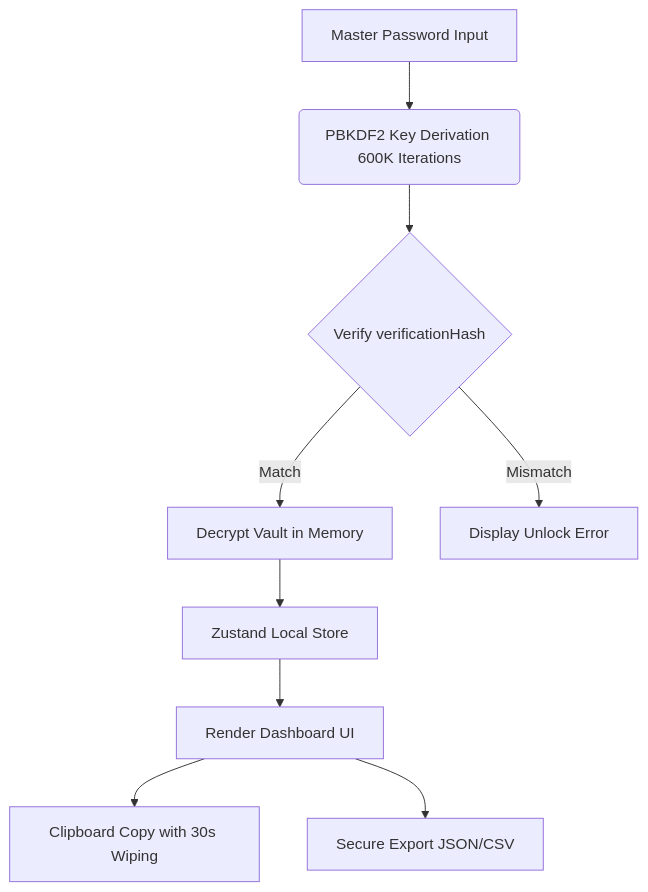
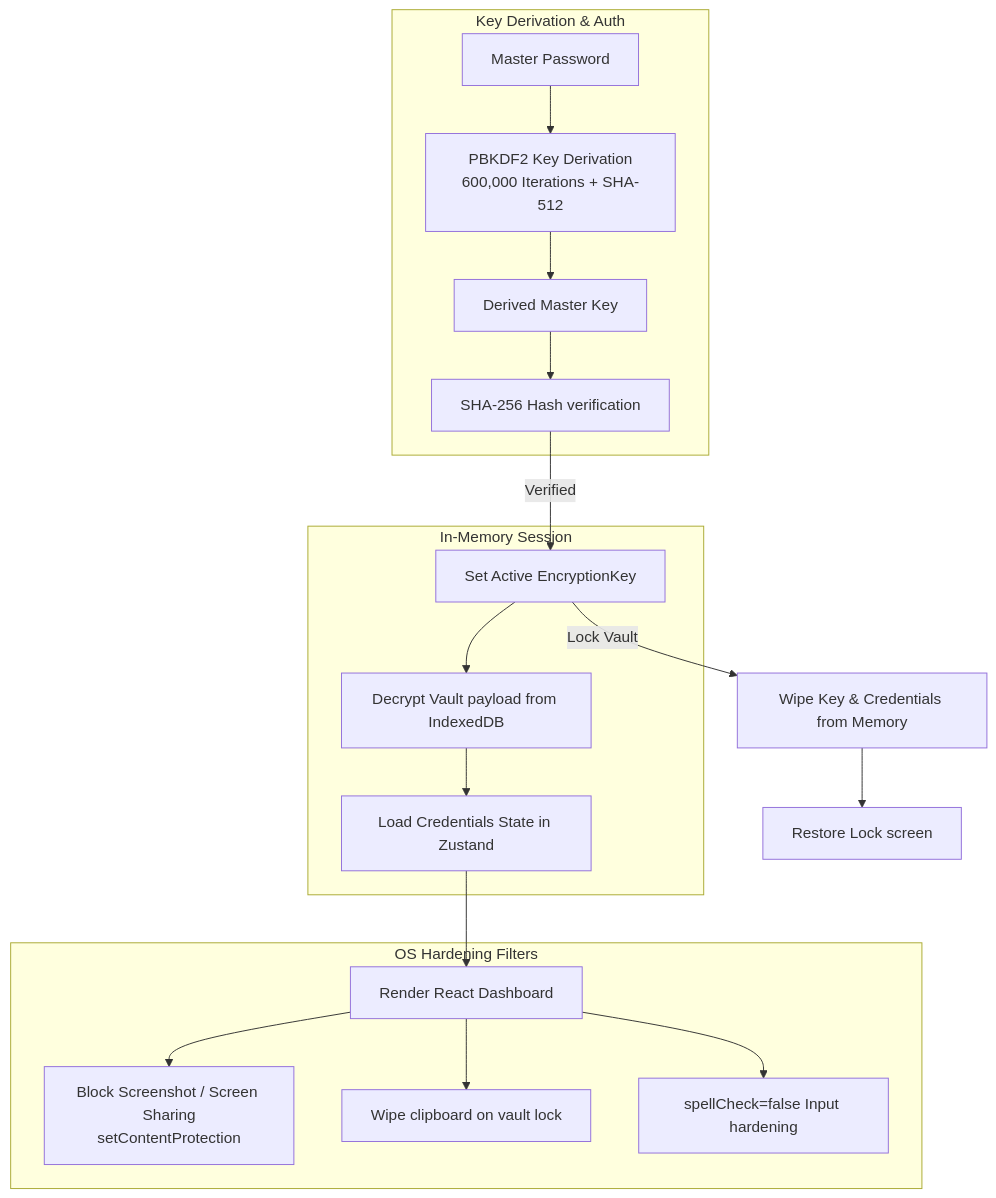
One commit to SudhirDevOps1/SafeVault changed the first of 2 diagrams in docs/features.md. Above: the diagram before and after it, drawn with Mermaid. The commit also changed other lines of this file, not shown here.

Commit message:
docs: expand features.md roadmap with detailed technical specifications and a long-term gantt chart

````diff
--- a/docs/features.md
+++ b/docs/features.md
@@ -11,11 +11,24 @@
 ```mermaid
 flowchart TD
-    A[Master Password Input] --> B(PBKDF2 Key Derivation 600K Iterations)
-    B --> C{Verify verificationHash}
-    C -- Match --> D[Decrypt Vault in Memory]
-    C -- Mismatch --> E[Display Unlock Error]
-    D --> F[Zustand Local Store]
-    F --> G[Render Dashboard UI]
-    G --> H[Clipboard Copy with 30s Wiping]
-    G --> I[Secure Export JSON/CSV]
+    subgraph KDF [Key Derivation & Auth]
+        A[Master Password] --> B[PBKDF2 Key Derivation<br/>600,000 Iterations + SHA-512]
+        B --> C[Derived Master Key]
+        C --> D[SHA-256 Hash verification]
+    end
+
+    subgraph Memory [In-Memory Session]
+        D -- Verified --> E[Set Active EncryptionKey]
+        E --> F[Decrypt Vault payload from IndexedDB]
+        F --> G[Load Credentials State in Zustand]
+    end
+
+    subgraph Security [OS Hardening Filters]
+        G --> H[Render React Dashboard]
+        H --> I[Block Screenshot / Screen Sharing<br/>setContentProtection]
+        H --> J[Wipe clipboard on vault lock]
+        H --> K[spellCheck=false Input hardening]
+    end
+
+    E -- Lock Vault --> L[Wipe Key & Credentials from Memory]
+    L --> M[Restore Lock screen]
 ```
````
